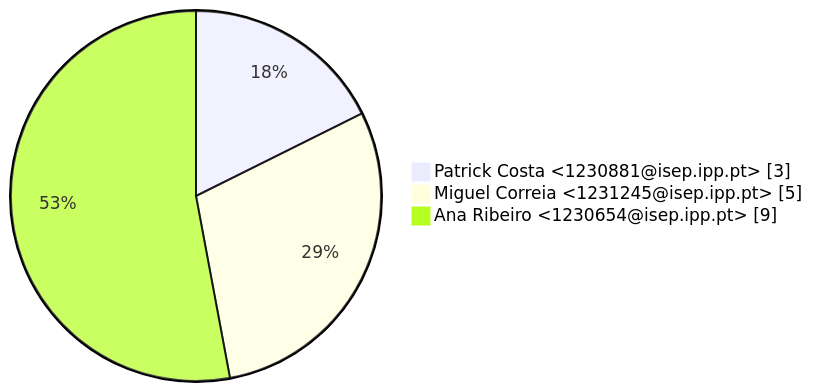
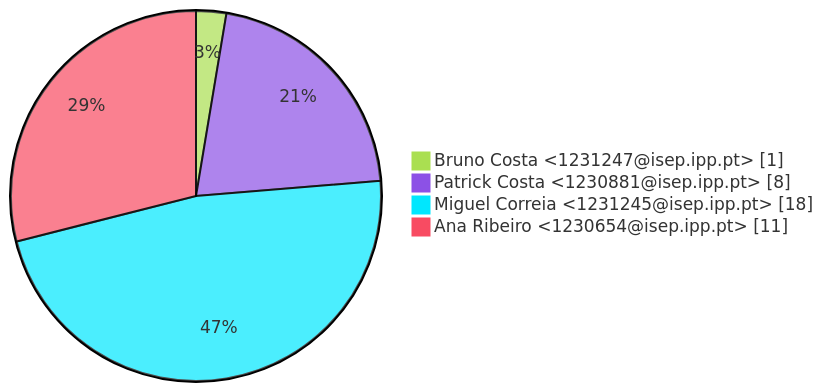
Before and after one commit to PatrickCosta1/LSIS1_Grupo_7_GitHub: the first of 3 diagrams in GitAnalysis/Sprint_2/Contributions.md, drawn with Mermaid. The commit also changed other lines of this file and 1 other file, not shown here.

````diff
--- a/GitAnalysis/Sprint_2/Contributions.md
+++ b/GitAnalysis/Sprint_2/Contributions.md
@@ -9,6 +10,8 @@
 ```mermaid
+%%{init: {'theme': 'base', 'themeVariables': { 'pie1': '#AADF51', 'pie2': '#8C51E6', 'pie3': '#00E7FE', 'pie4': '#F84B62', 'pie5': '#FFDE72', 'pie6': '#3060CF', 'pie7': '#59C9A5'}}}%%
 pie showData
-    " Patrick Costa <1230881@isep.ipp.pt>" : 3
-    " Miguel Correia <1231245@isep.ipp.pt>" : 5
-    " Ana Ribeiro <1230654@isep.ipp.pt>" : 9
+    " Bruno Costa <1231247@isep.ipp.pt>" : 1
+    " Patrick Costa <1230881@isep.ipp.pt>" : 8
+    " Miguel Correia <1231245@isep.ipp.pt>" : 18
+    " Ana Ribeiro <1230654@isep.ipp.pt>" : 11
 ```
````
